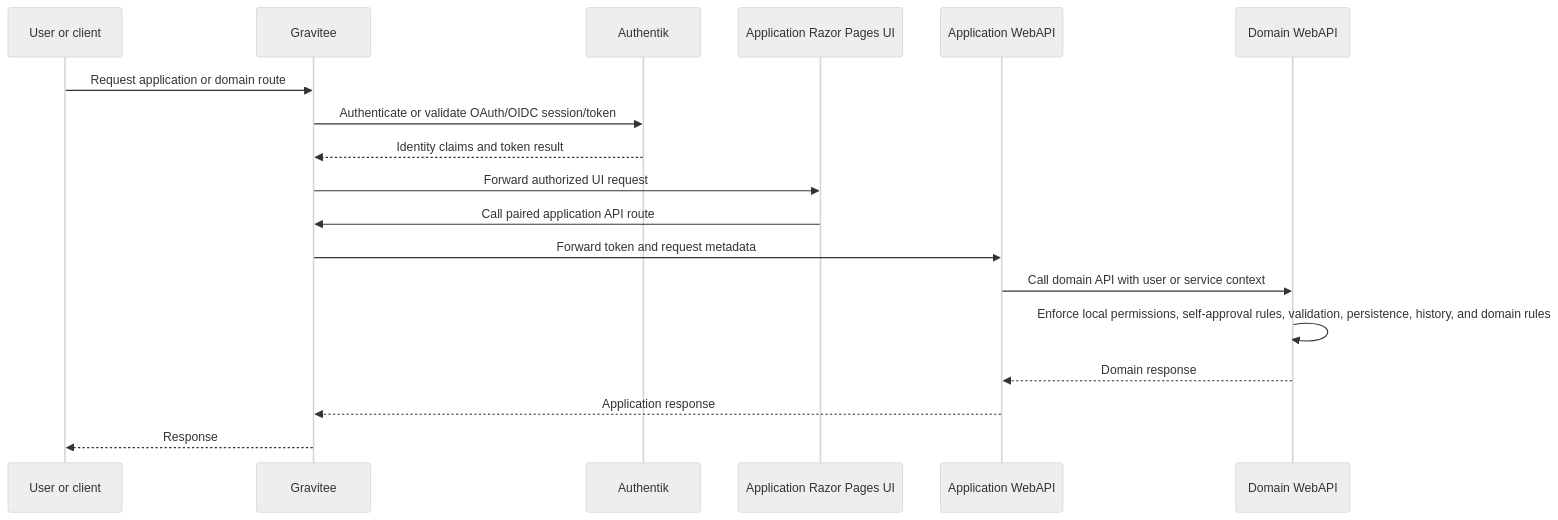
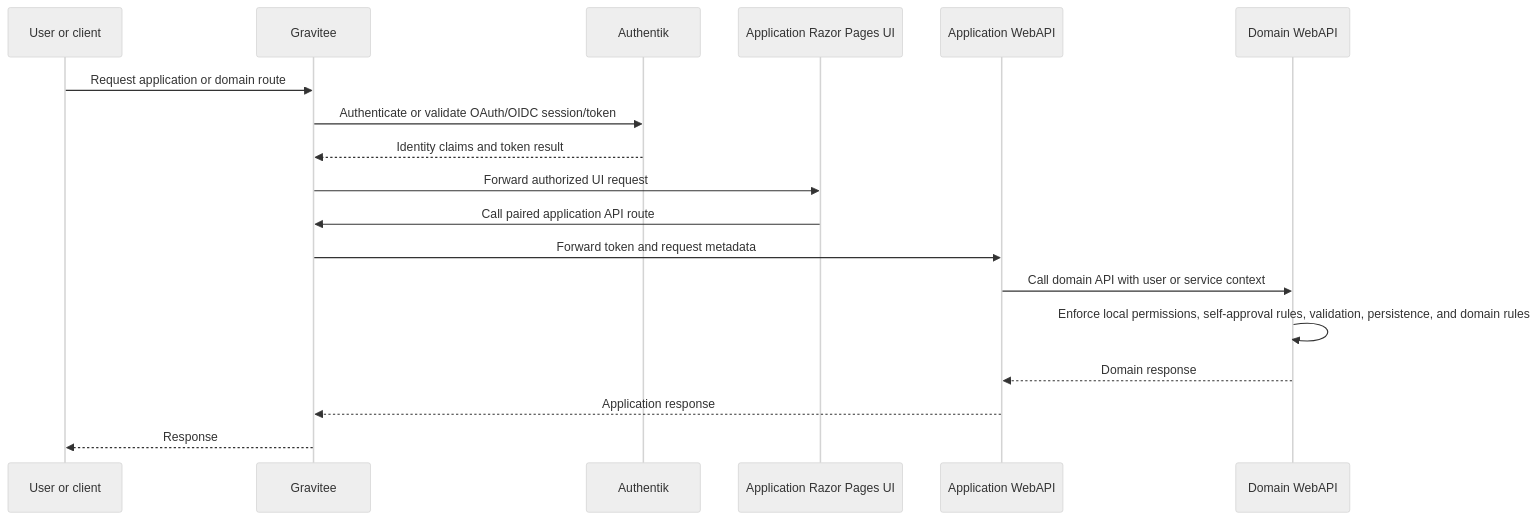
The diagram in docs/architecture/api-gateway-and-identity.md (ben-cottrell/acme-erp), drawn with Mermaid (neutral theme) before and after one commit. The commit also changed other lines of this file and 25 other files, not shown here.

````diff
--- a/docs/architecture/api-gateway-and-identity.md
+++ b/docs/architecture/api-gateway-and-identity.md
@@ -18,21 +18,21 @@
 ```mermaid
 sequenceDiagram
     participant User as User or client
     participant Gateway as Gravitee
     participant IdP as Authentik
     participant UI as Application Razor Pages UI
     participant AppAPI as Application WebAPI
     participant DomainAPI as Domain WebAPI
 
     User->>Gateway: Request application or domain route
     Gateway->>IdP: Authenticate or validate OAuth/OIDC session/token
     IdP-->>Gateway: Identity claims and token result
     Gateway->>UI: Forward authorized UI request
     UI->>Gateway: Call paired application API route
     Gateway->>AppAPI: Forward token and request metadata
     AppAPI->>DomainAPI: Call domain API with user or service context
-    DomainAPI->>DomainAPI: Enforce local permissions, self-approval rules, validation, persistence, history, and domain rules
+    DomainAPI->>DomainAPI: Enforce local permissions, self-approval rules, validation, persistence, and domain rules
     DomainAPI-->>AppAPI: Domain response
     AppAPI-->>Gateway: Application response
     Gateway-->>User: Response
 ```
````
